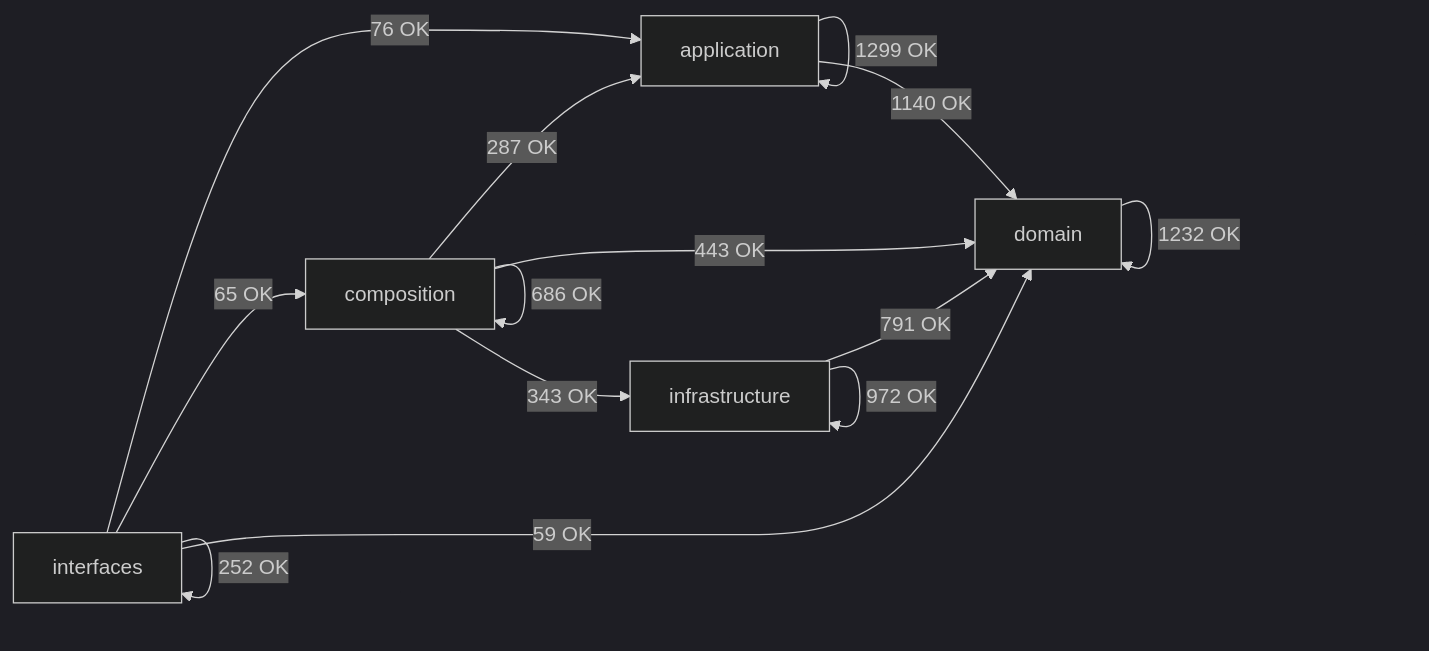
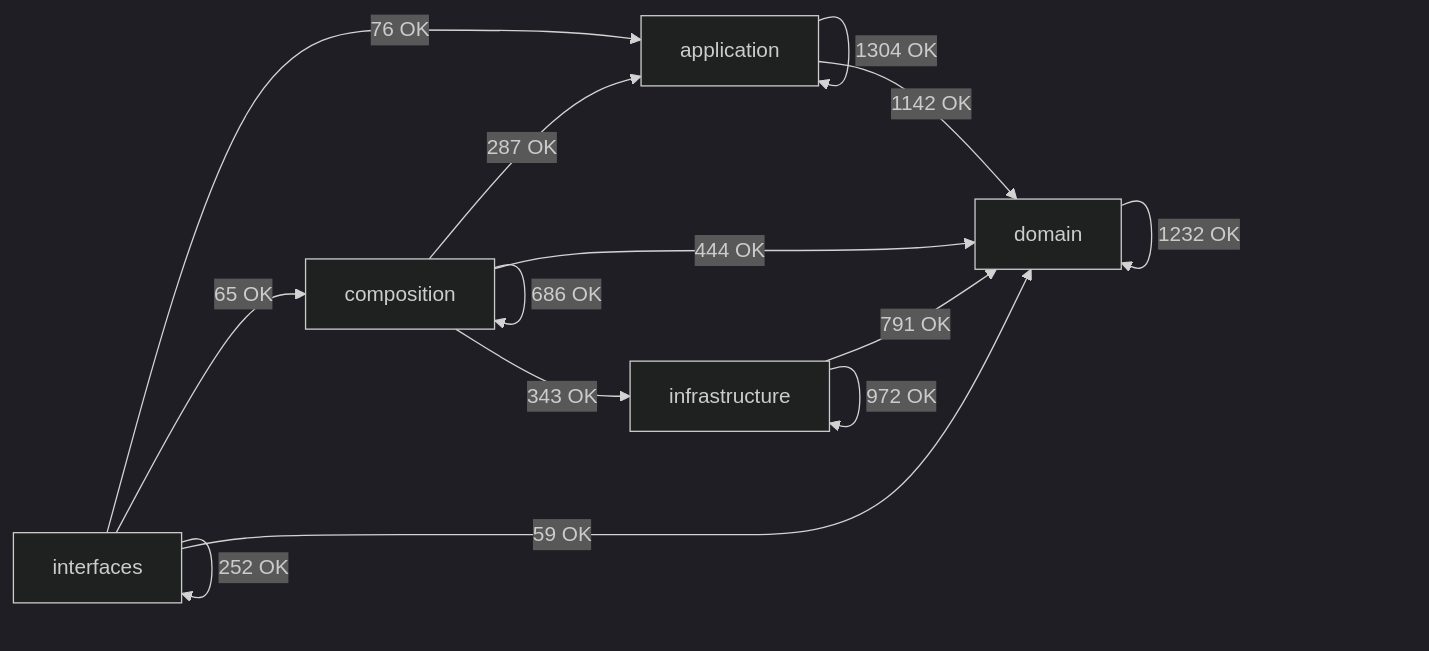
One commit to SatoryKono/BioactivityDataAcquisition changed the diagram in docs/02-architecture/generated/module-dependency-map.md. Above: the diagram before and after it, drawn with Mermaid (dark theme). The commit also changed other lines of this file and 12 other files, not shown here.

````diff
--- a/docs/02-architecture/generated/module-dependency-map.md
+++ b/docs/02-architecture/generated/module-dependency-map.md
@@ -17,21 +17,21 @@
 ```mermaid
 flowchart LR
     domain[domain]
     application[application]
     infrastructure[infrastructure]
     composition[composition]
     interfaces[interfaces]
-    application -->|1299 OK| application
-    application -->|1140 OK| domain
+    application -->|1304 OK| application
+    application -->|1142 OK| domain
     composition -->|287 OK| application
     composition -->|686 OK| composition
-    composition -->|443 OK| domain
+    composition -->|444 OK| domain
     composition -->|343 OK| infrastructure
     domain -->|1232 OK| domain
     infrastructure -->|791 OK| domain
     infrastructure -->|972 OK| infrastructure
     interfaces -->|76 OK| application
     interfaces -->|65 OK| composition
     interfaces -->|59 OK| domain
     interfaces -->|252 OK| interfaces
 ```
````
